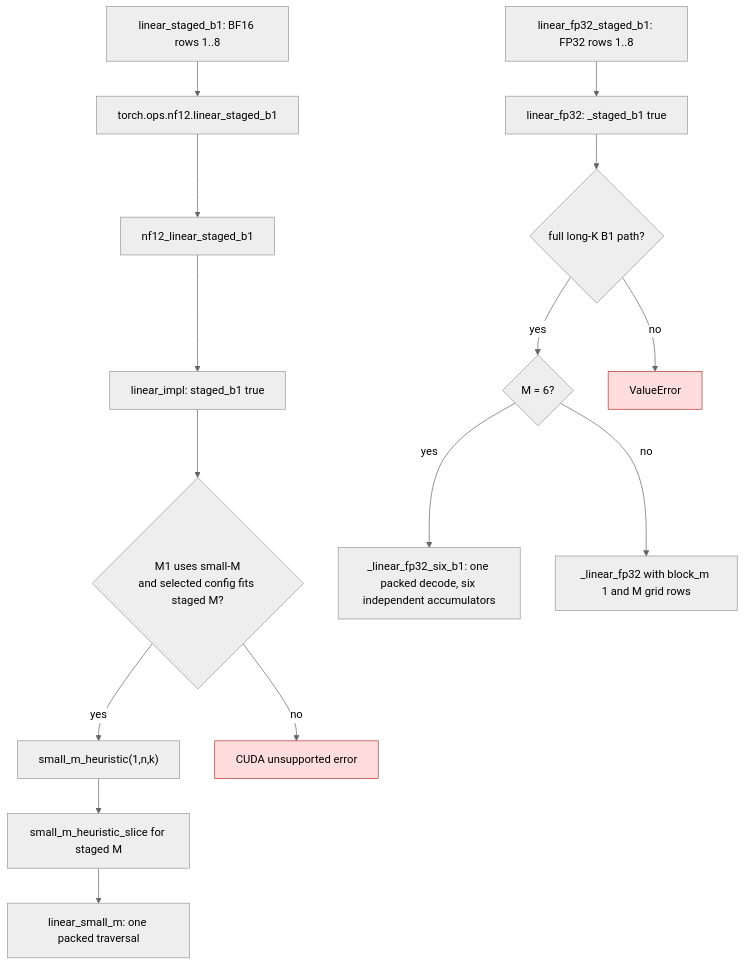
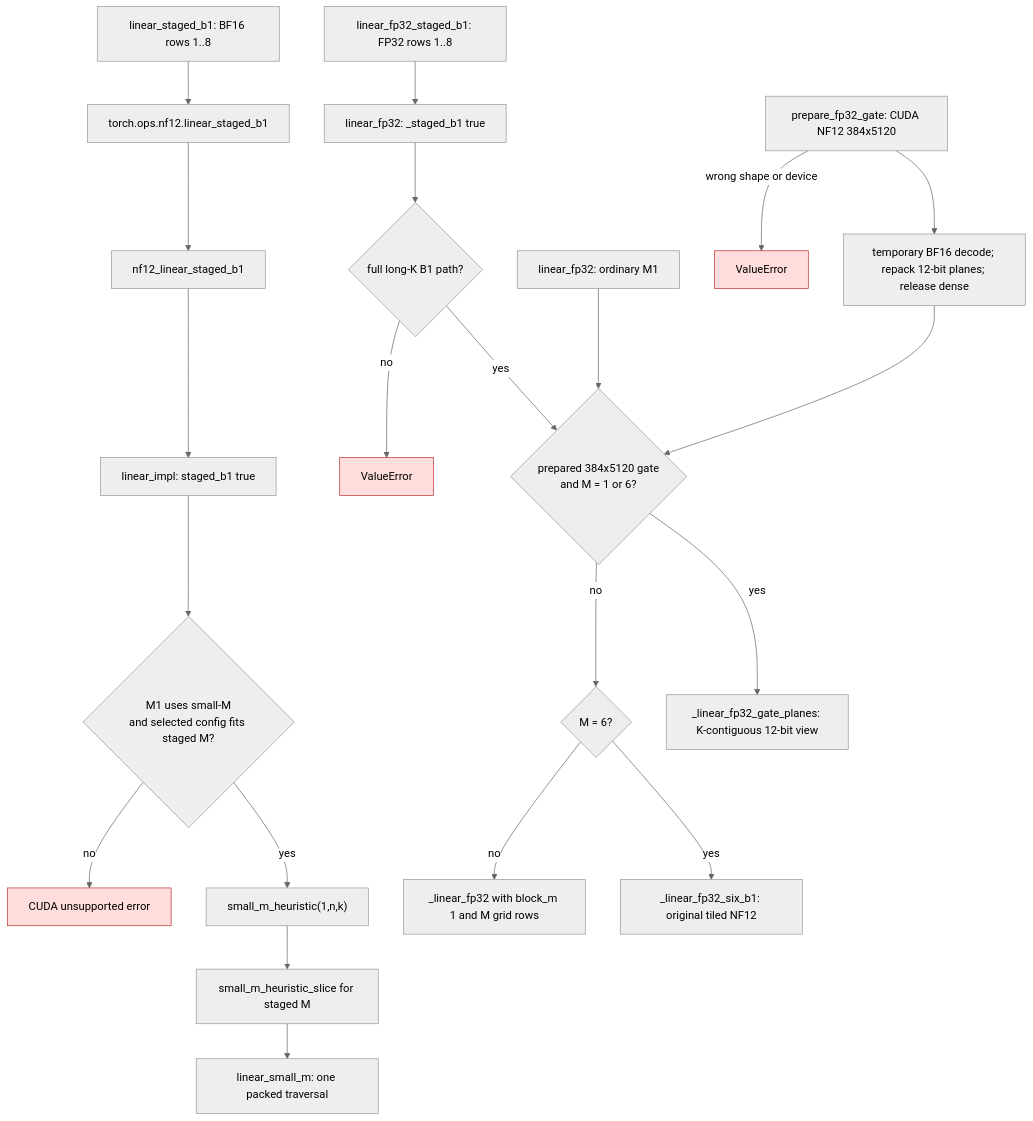
One commit to ModelCloud/GPTQModel changed the first of 2 diagrams in docs/nf12-staged-b1-projections.md. Above: the diagram before and after it, drawn with Mermaid (neutral theme). The commit also changed other lines of this file and 7 other files, not shown here.

Commit message:
perf(nf12): prepare compressed FP32 router planes for B1 decode

````diff
--- a/docs/nf12-staged-b1-projections.md
+++ b/docs/nf12-staged-b1-projections.md
@@ -12,20 +12,27 @@
 ```mermaid
 flowchart TD
     A["linear_staged_b1: BF16 rows 1..8"] --> B["torch.ops.nf12.linear_staged_b1"]
     B --> C["nf12_linear_staged_b1"]
     C --> D["linear_impl: staged_b1 true"]
     D --> E{"M1 uses small-M<br/>and selected config fits staged M?"}
     E -->|yes| F["small_m_heuristic(1,n,k)"]
     F --> G["small_m_heuristic_slice for staged M"]
     G --> H["linear_small_m: one packed traversal"]
     E -->|no| X["CUDA unsupported error"]
     X:::error
     I["linear_fp32_staged_b1: FP32 rows 1..8"] --> J["linear_fp32: _staged_b1 true"]
     J --> K{"full long-K B1 path?"}
-    K -->|yes| L{"M = 6?"}
-    L -->|yes| M["_linear_fp32_six_b1: one packed decode, six independent accumulators"]
-    L -->|no| N["_linear_fp32 with block_m 1 and M grid rows"]
+    T["linear_fp32: ordinary M1"] --> L
+    K -->|yes| L{"prepared 384x5120 gate<br/>and M = 1 or 6?"}
+    L -->|yes| P["_linear_fp32_gate_planes: K-contiguous 12-bit view"]
+    L -->|no| Q{"M = 6?"}
+    Q -->|yes| M["_linear_fp32_six_b1: original tiled NF12"]
+    Q -->|no| N["_linear_fp32 with block_m 1 and M grid rows"]
     K -->|no| Y["ValueError"]
+    R["prepare_fp32_gate: CUDA NF12 384x5120"] --> S["temporary BF16 decode; repack 12-bit planes; release dense"]
+    S --> L
+    R -->|wrong shape or device| Z["ValueError"]
     Y:::error
+    Z:::error
     classDef error fill:#fdd,stroke:#b33
 ```
````
